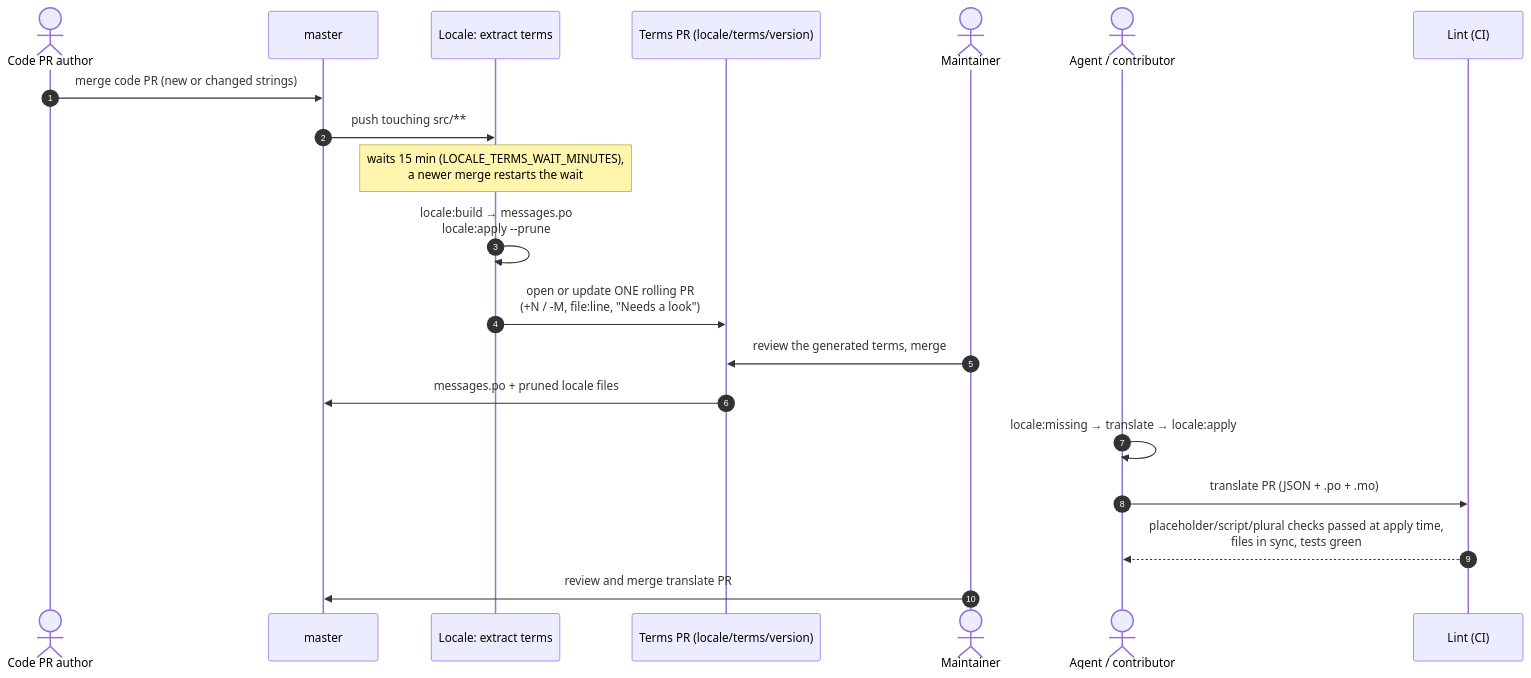
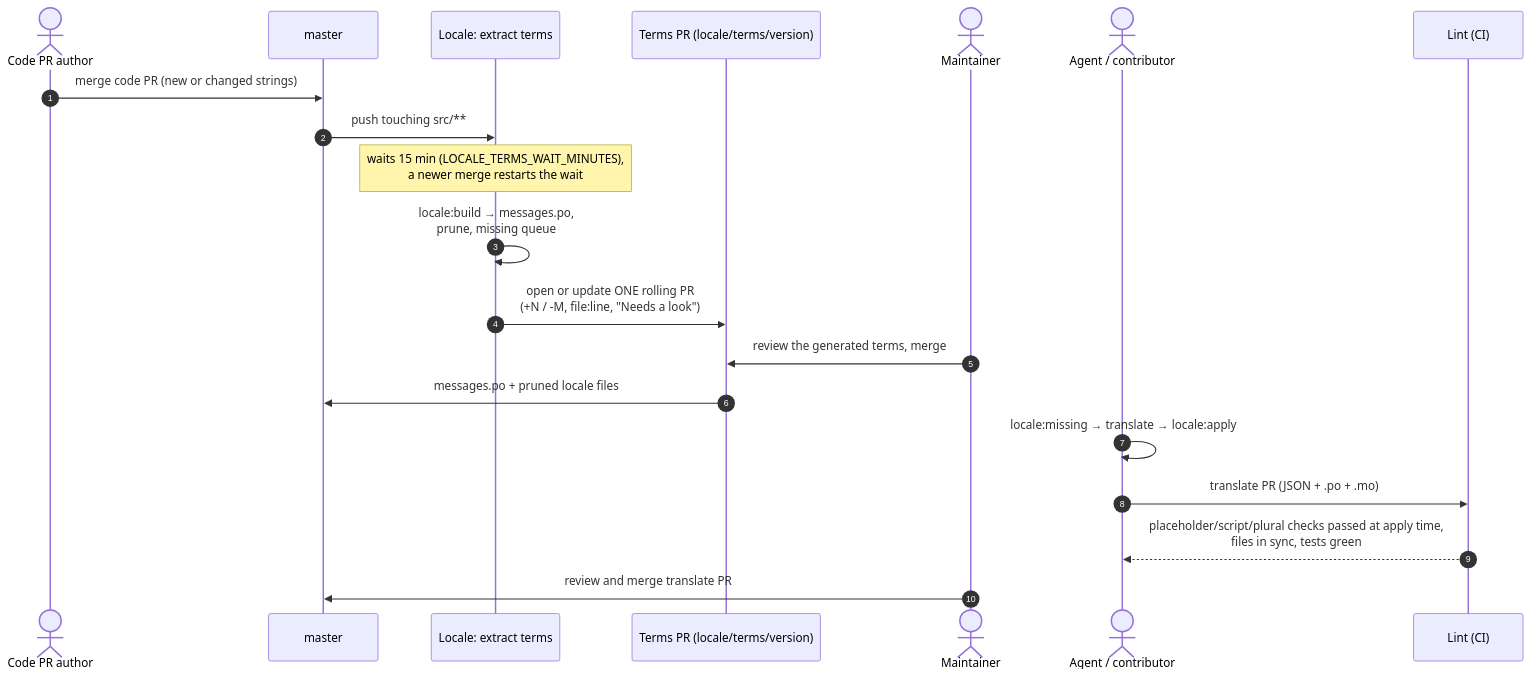
Before and after one commit to ChurchCRM/CRM: the second of 3 diagrams in docs/maintainers/locale-design.md, drawn with Mermaid. The commit also changed other lines of this file and 54 other files, not shown here.

First line of the commit message:
Make locale:build prune locales and queue missing terms, check the queue in

````diff
--- a/docs/maintainers/locale-design.md
+++ b/docs/maintainers/locale-design.md
@@ -86,23 +86,23 @@
 ```mermaid
 sequenceDiagram
     autonumber
     actor Dev as Code PR author
     participant M as master
     participant X as Locale: extract terms
     participant T as Terms PR (locale/terms/version)
     actor Mt as Maintainer
     actor Tr as Agent / contributor
     participant L as Lint (CI)
 
     Dev->>M: merge code PR (new or changed strings)
     M->>X: push touching src/**
     Note over X: waits 15 min (LOCALE_TERMS_WAIT_MINUTES),<br/>a newer merge restarts the wait
-    X->>X: locale:build → messages.po<br/>locale:apply --prune
+    X->>X: locale:build → messages.po,<br/>prune, missing queue
     X->>T: open or update ONE rolling PR<br/>(+N / -M, file:line, "Needs a look")
     Mt->>T: review the generated terms, merge
     T->>M: messages.po + pruned locale files
     Tr->>Tr: locale:missing → translate → locale:apply
     Tr->>L: translate PR (JSON + .po + .mo)
     L-->>Tr: placeholder/script/plural checks passed at apply time,<br/>files in sync, tests green
     Mt->>M: review and merge translate PR
 ```
````
